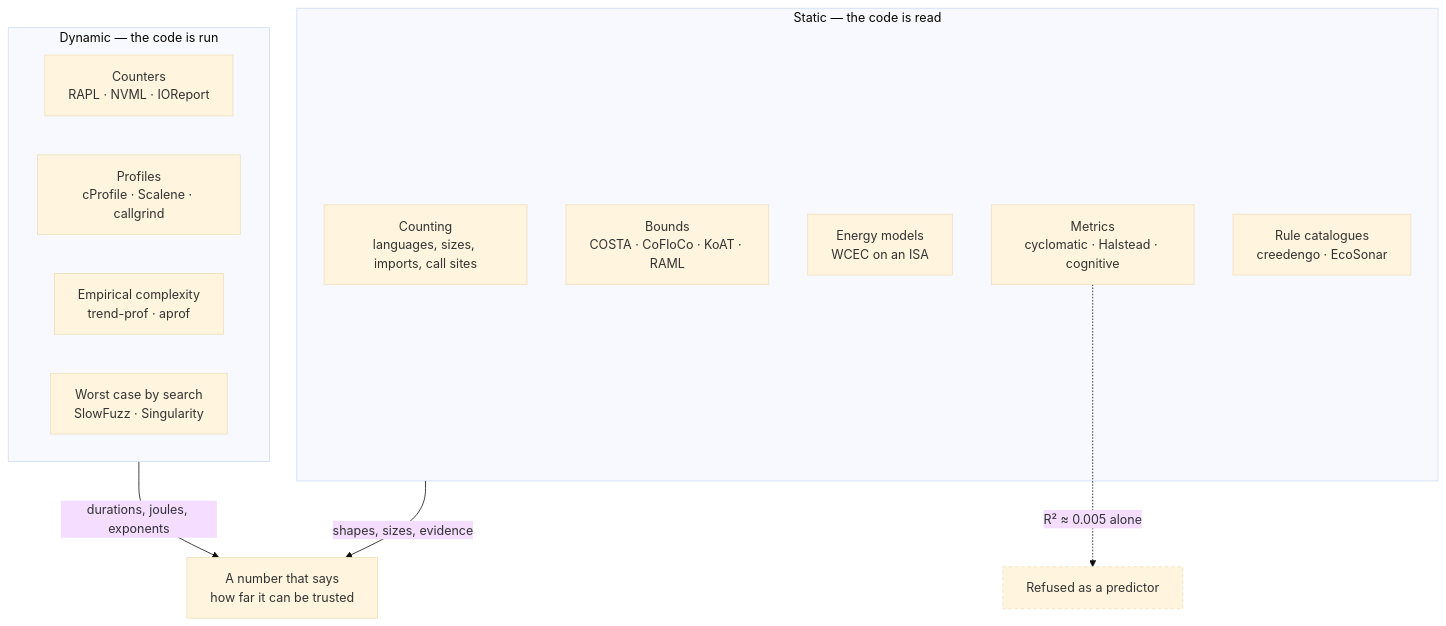
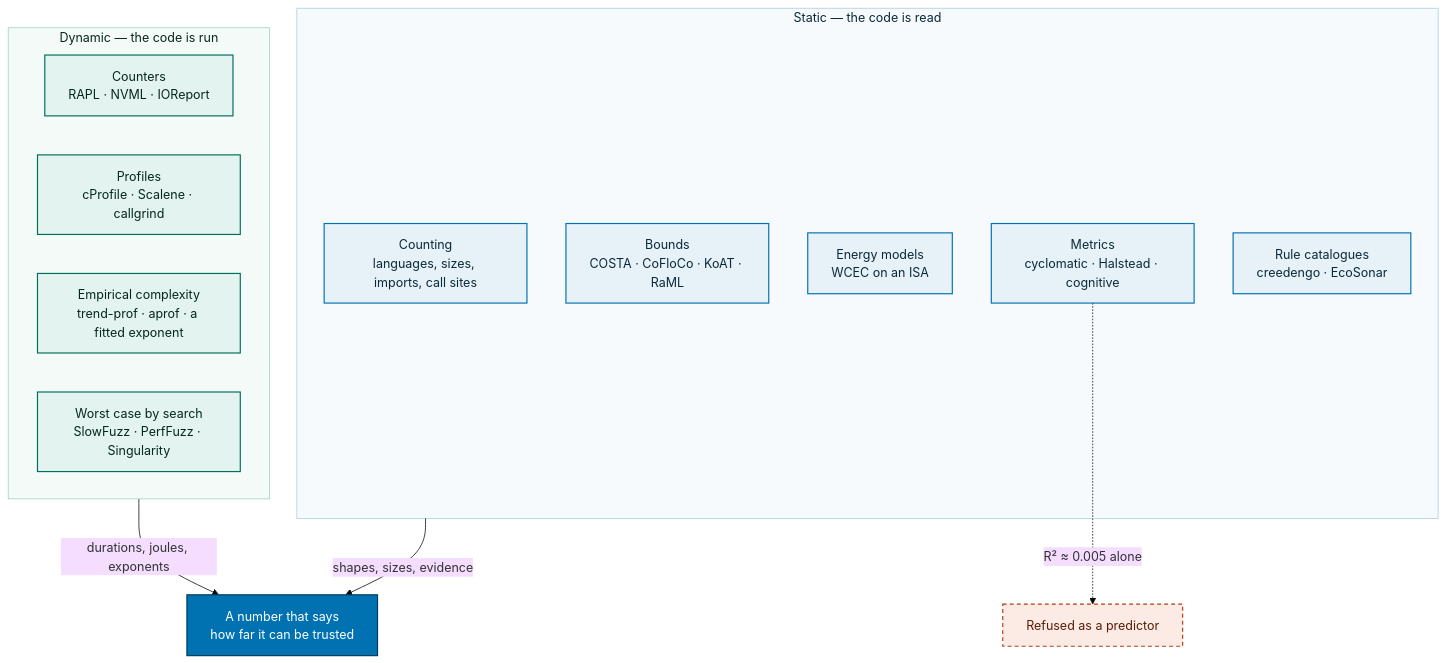
Before and after one commit to warith-harchaoui/saggio: the diagram in ANALYSIS.md, drawn with Mermaid (base theme). The commit also changed 6 other files, not shown here.

````diff
--- a/ANALYSIS.md
+++ b/ANALYSIS.md
@@ -20,20 +20,34 @@
 ```mermaid
+%% Colours are Okabe & Ito's colour-vision-deficiency-safe set, the same palette
+%% the reports and the website use. Each one is paired with a written label, so
+%% the colour carries emphasis and never the meaning on its own.
 flowchart TB
     subgraph S["Static — the code is read"]
         S1["Counting<br/>languages, sizes, imports, call sites"]
-        S2["Bounds<br/>COSTA · CoFloCo · KoAT · RAML"]
+        S2["Bounds<br/>COSTA · CoFloCo · KoAT · RaML"]
         S3["Energy models<br/>WCEC on an ISA"]
         S4["Metrics<br/>cyclomatic · Halstead · cognitive"]
         S5["Rule catalogues<br/>creedengo · EcoSonar"]
     end
     subgraph D["Dynamic — the code is run"]
         D1["Counters<br/>RAPL · NVML · IOReport"]
         D2["Profiles<br/>cProfile · Scalene · callgrind"]
-        D3["Empirical complexity<br/>trend-prof · aprof"]
-        D4["Worst case by search<br/>SlowFuzz · Singularity"]
+        D3["Empirical complexity<br/>trend-prof · aprof · a fitted exponent"]
+        D4["Worst case by search<br/>SlowFuzz · PerfFuzz · Singularity"]
     end
     S -->|"shapes, sizes, evidence"| M["A number that says<br/>how far it can be trusted"]
     D -->|"durations, joules, exponents"| M
     S4 -.->|"R² ≈ 0.005 alone"| X["Refused as a predictor"]
-    style X stroke-dasharray: 4 4
+
+    classDef read fill:#E7F1F8,stroke:#0072B2,stroke-width:1.5px,color:#0B2A3A
+    classDef run fill:#E3F3EF,stroke:#006E5C,stroke-width:1.5px,color:#06281F
+    classDef kept fill:#0072B2,stroke:#003C5D,stroke-width:1.5px,color:#FFFFFF
+    classDef refused fill:#FBEBE4,stroke:#B43C0F,stroke-width:1.5px,color:#5A1E07
+    class S1,S2,S3,S4,S5 read
+    class D1,D2,D3,D4 run
+    class M kept
+    class X refused
+    style S fill:#F6FAFD,stroke:#A9CFE4,color:#0B2A3A
+    style D fill:#F3FAF8,stroke:#9ED3C6,color:#06281F
+    style X stroke-dasharray: 5 4
 ```
````
